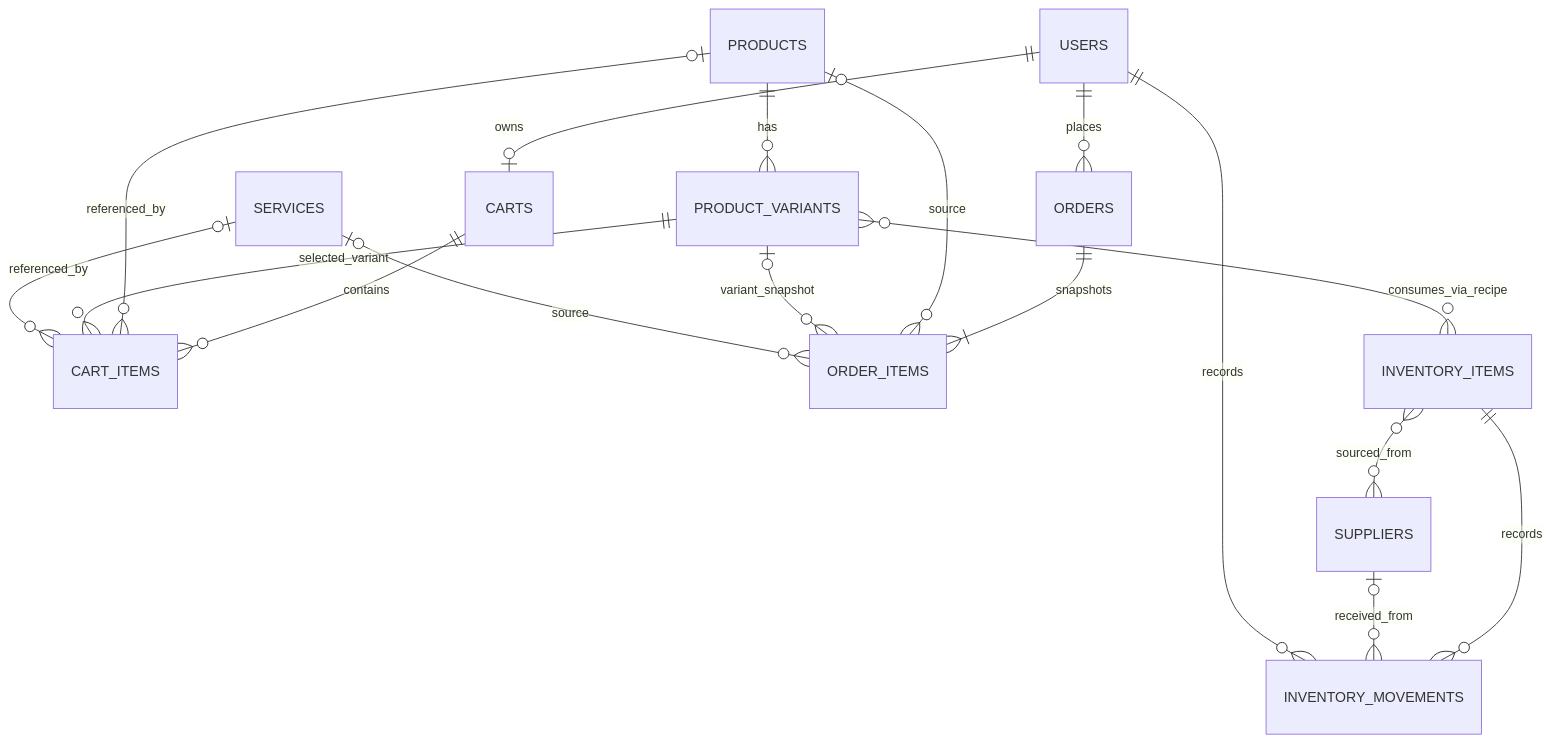
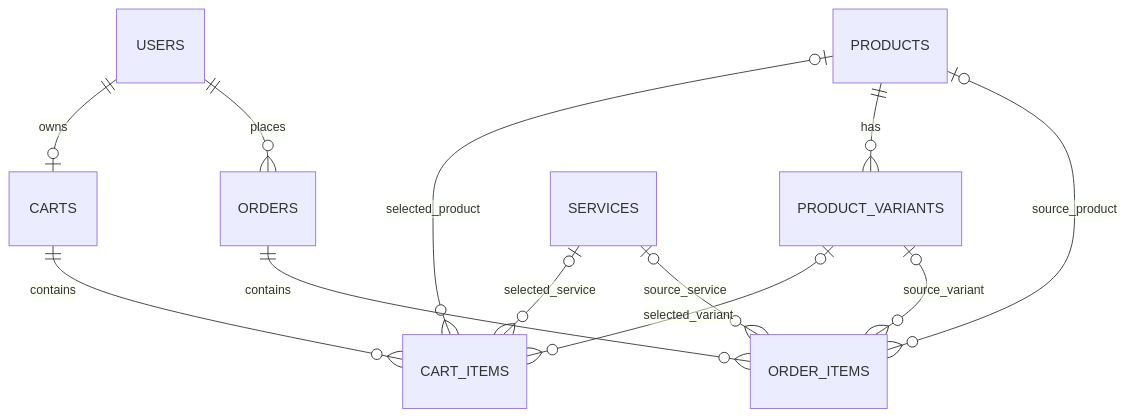
One commit to WELLORD-PAULAR/gzslp-ms changed the first of 3 diagrams in docs/system-design.md. Above: the diagram before and after it, drawn with Mermaid. The commit also changed other lines of this file and 3 other files, not shown here.

````diff
--- a/docs/system-design.md
+++ b/docs/system-design.md
@@ -159,19 +163,14 @@
 ```mermaid
 erDiagram
     USERS ||--o| CARTS : owns
+    USERS ||--o{ ORDERS : places
     CARTS ||--o{ CART_ITEMS : contains
+    PRODUCTS o|--o{ CART_ITEMS : selected_product
+    PRODUCT_VARIANTS o|--o{ CART_ITEMS : selected_variant
+    SERVICES o|--o{ CART_ITEMS : selected_service
     PRODUCTS ||--o{ PRODUCT_VARIANTS : has
-    PRODUCTS o|--o{ CART_ITEMS : referenced_by
-    PRODUCT_VARIANTS ||--o{ CART_ITEMS : selected_variant
-    SERVICES o|--o{ CART_ITEMS : referenced_by
-    USERS ||--o{ ORDERS : places
-    ORDERS ||--|{ ORDER_ITEMS : snapshots
-    PRODUCTS o|--o{ ORDER_ITEMS : source
-    PRODUCT_VARIANTS o|--o{ ORDER_ITEMS : variant_snapshot
-    SERVICES o|--o{ ORDER_ITEMS : source
-    INVENTORY_ITEMS }o--o{ SUPPLIERS : sourced_from
-    INVENTORY_ITEMS ||--o{ INVENTORY_MOVEMENTS : records
-    PRODUCT_VARIANTS }o--o{ INVENTORY_ITEMS : consumes_via_recipe
-    SUPPLIERS o|--o{ INVENTORY_MOVEMENTS : received_from
-    USERS ||--o{ INVENTORY_MOVEMENTS : records
+    ORDERS ||--o{ ORDER_ITEMS : contains
+    PRODUCTS o|--o{ ORDER_ITEMS : source_product
+    PRODUCT_VARIANTS o|--o{ ORDER_ITEMS : source_variant
+    SERVICES o|--o{ ORDER_ITEMS : source_service
 ```
````
